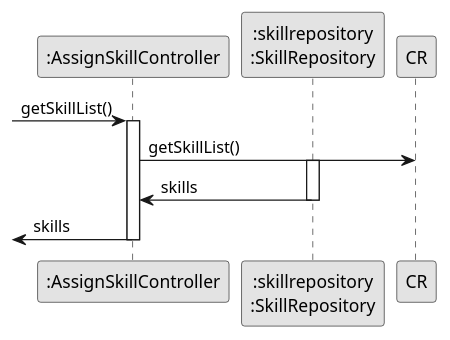
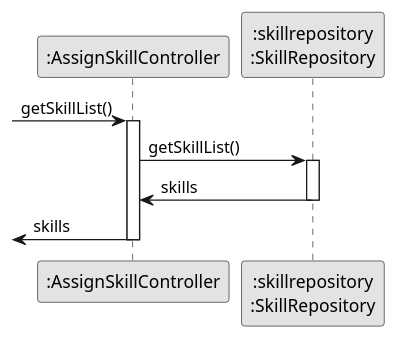
Before and after one commit to tiagosoa/lei-24-s2-1dgh-g073: the diagram in docs/sprint3/us004/03.design/puml/us004-sequence-diagram-partial-get-skill-list.puml, drawn with PlantUML. The commit also changed 32 other files, not shown here.

```diff
--- a/docs/sprint3/us004/03.design/puml/us004-sequence-diagram-partial-get-skill-list.puml
+++ b/docs/sprint3/us004/03.design/puml/us004-sequence-diagram-partial-get-skill-list.puml
@@ -1,22 +1,22 @@
 @startuml
 skinparam monochrome true
 skinparam packageStyle rectangle
 skinparam shadowing false
 
 participant ":AssignSkillController" as CTRL
 participant ":skillrepository\n:SkillRepository" as SR
 
         -> CTRL: getSkillList()
         activate CTRL
 
-        CTRL -> CR: getSkillList()
+        CTRL -> SR: getSkillList()
         activate SR
 
         SR -> CTRL: skills
         deactivate SR
 
         <- CTRL: skills
         deactivate CTRL
 
 
 @enduml
```
